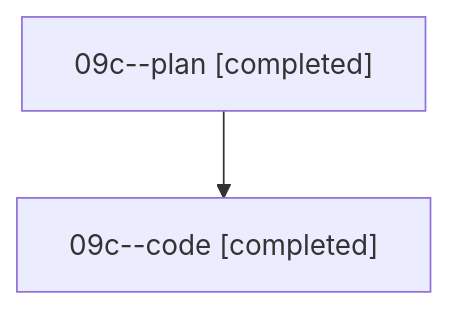
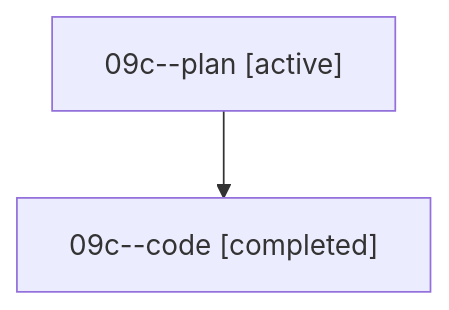
One commit to sase-org/sase--agents changed the diagram in families/bbugyi200.athena.09c.md. Above: the diagram before and after it, drawn with Mermaid. The commit also changed other lines of this file and 35830 other files, not shown here.

````diff
--- a/families/bbugyi200.athena.09c.md
+++ b/families/bbugyi200.athena.09c.md
@@ -9,6 +9,6 @@
 ```mermaid
 flowchart TD
-  n0["09c--plan [completed]"]
+  n0["09c--plan [active]"]
   n1["09c--code [completed]"]
   n0 --> n1
 ```
````
